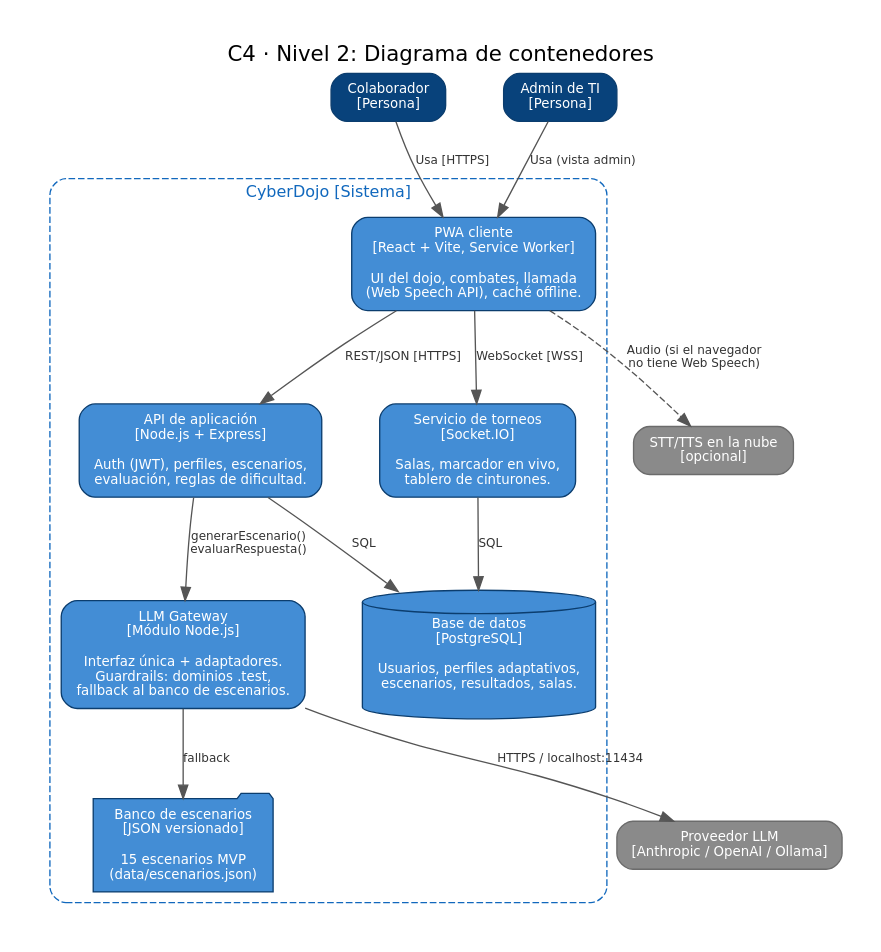
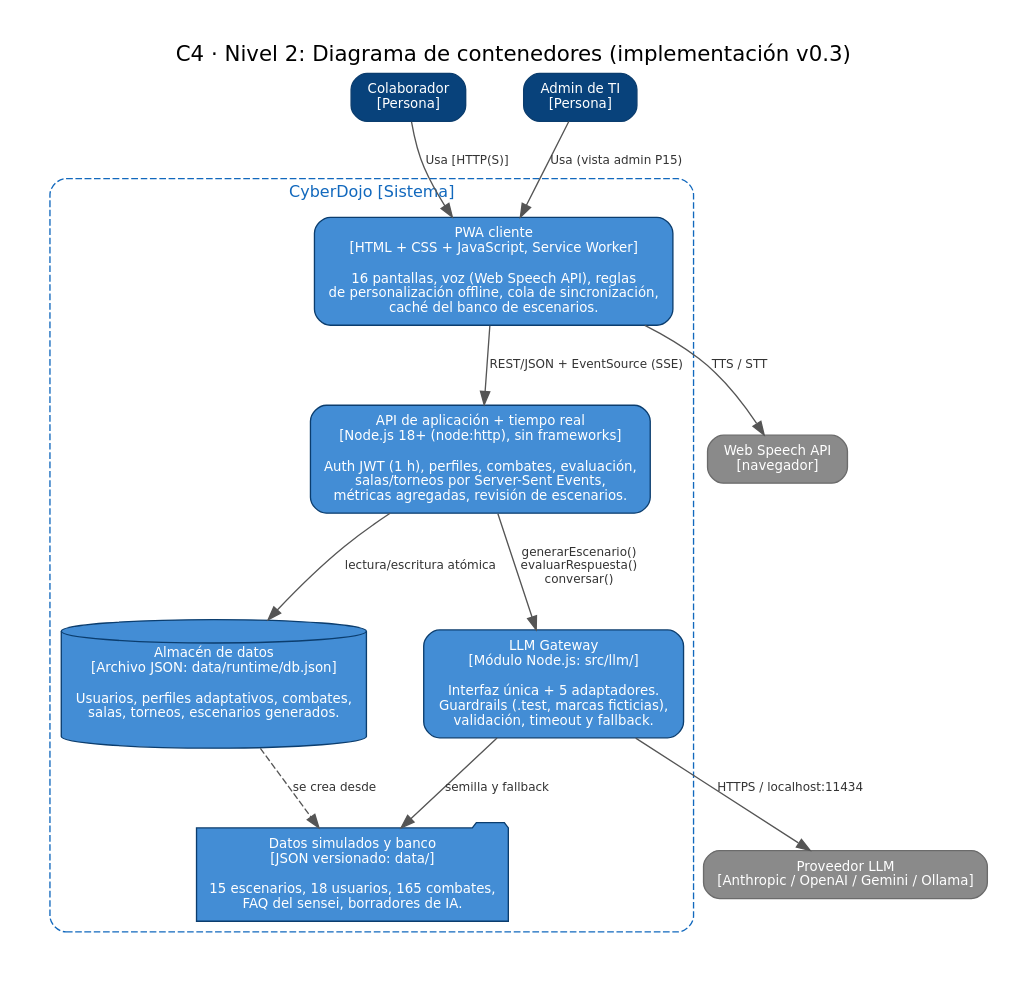
The diagram in docs/diagramas/c4-contenedores.dot (FloresVillar/cc451-IHC-grupo15-cyberdojo), drawn with Graphviz before and after one commit. The commit also changed 8 other files, not shown here.

```diff
--- a/docs/diagramas/c4-contenedores.dot
+++ b/docs/diagramas/c4-contenedores.dot
@@ -1,22 +1,21 @@
 digraph C4 {
-  graph [rankdir=TB, fontname="DejaVu Sans", bgcolor=white, pad=0.3, nodesep=0.6, ranksep=0.7, label="C4 · Nivel 2: Diagrama de contenedores", labelloc=t, fontsize=16, compound=true];
+  graph [rankdir=TB, fontname="DejaVu Sans", bgcolor=white, pad=0.3, nodesep=0.6, ranksep=0.7, label="C4 · Nivel 2: Diagrama de contenedores (implementación v0.3)", labelloc=t, fontsize=16, compound=true];
   node [shape=box, style="rounded,filled", fontname="DejaVu Sans", fontsize=10, fontcolor=white, color="#0b3d6e", margin="0.18,0.1"];
   edge [fontname="DejaVu Sans", fontsize=9, color="#555555", fontcolor="#333333"];
   colab [label="Colaborador\n[Persona]", fillcolor="#08427b"];
   admin [label="Admin de TI\n[Persona]", fillcolor="#08427b"];
   subgraph cluster_sys { label="CyberDojo [Sistema]"; style="dashed,rounded"; color="#1168bd"; fontname="DejaVu Sans"; fontsize=12; fontcolor="#1168bd";
-    pwa [label="PWA cliente\n[React + Vite, Service Worker]\n\nUI del dojo, combates, llamada\n(Web Speech API), caché offline.", fillcolor="#438dd5"];
-    api [label="API de aplicación\n[Node.js + Express]\n\nAuth (JWT), perfiles, escenarios,\nevaluación, reglas de dificultad.", fillcolor="#438dd5"];
-    rt  [label="Servicio de torneos\n[Socket.IO]\n\nSalas, marcador en vivo,\ntablero de cinturones.", fillcolor="#438dd5"];
-    gw  [label="LLM Gateway\n[Módulo Node.js]\n\nInterfaz única + adaptadores.\nGuardrails: dominios .test,\nfallback al banco de escenarios.", fillcolor="#438dd5"];
-    db  [label="Base de datos\n[PostgreSQL]\n\nUsuarios, perfiles adaptativos,\nescenarios, resultados, salas.", shape=cylinder, fillcolor="#438dd5"];
-    bank[label="Banco de escenarios\n[JSON versionado]\n\n15 escenarios MVP\n(data/escenarios.json)", shape=folder, fillcolor="#438dd5"];
+    pwa [label="PWA cliente\n[HTML + CSS + JavaScript, Service Worker]\n\n16 pantallas, voz (Web Speech API), reglas\nde personalización offline, cola de sincronización,\ncaché del banco de escenarios.", fillcolor="#438dd5"];
+    api [label="API de aplicación + tiempo real\n[Node.js 18+ (node:http), sin frameworks]\n\nAuth JWT (1 h), perfiles, combates, evaluación,\nsalas/torneos por Server-Sent Events,\nmétricas agregadas, revisión de escenarios.", fillcolor="#438dd5"];
+    gw  [label="LLM Gateway\n[Módulo Node.js: src/llm/]\n\nInterfaz única + 5 adaptadores.\nGuardrails (.test, marcas ficticias),\nvalidación, timeout y fallback.", fillcolor="#438dd5"];
+    db  [label="Almacén de datos\n[Archivo JSON: data/runtime/db.json]\n\nUsuarios, perfiles adaptativos, combates,\nsalas, torneos, escenarios generados.", shape=cylinder, fillcolor="#438dd5"];
+    bank[label="Datos simulados y banco\n[JSON versionado: data/]\n\n15 escenarios, 18 usuarios, 165 combates,\nFAQ del sensei, borradores de IA.", shape=folder, fillcolor="#438dd5"];
   }
-  llm [label="Proveedor LLM\n[Anthropic / OpenAI / Ollama]", fillcolor="#8a8a8a", color="#6b6b6b"];
-  stt [label="STT/TTS en la nube\n[opcional]", fillcolor="#8a8a8a", color="#6b6b6b"];
-  colab -> pwa [label="Usa [HTTPS]"]; admin -> pwa [label="Usa (vista admin)"];
-  pwa -> api [label="REST/JSON [HTTPS]"]; pwa -> rt [label="WebSocket [WSS]"];
-  pwa -> stt [label="Audio (si el navegador\nno tiene Web Speech)", style=dashed];
-  api -> gw [label="generarEscenario()\nevaluarRespuesta()"]; gw -> llm [label="HTTPS / localhost:11434"]; gw -> bank [label="fallback"];
-  api -> db [label="SQL"]; rt -> db [label="SQL"];
+  llm [label="Proveedor LLM\n[Anthropic / OpenAI / Gemini / Ollama]", fillcolor="#8a8a8a", color="#6b6b6b"];
+  voz [label="Web Speech API\n[navegador]", fillcolor="#8a8a8a", color="#6b6b6b"];
+  colab -> pwa [label="Usa [HTTP(S)]"]; admin -> pwa [label="Usa (vista admin P15)"];
+  pwa -> api [label="REST/JSON + EventSource (SSE)"];
+  pwa -> voz [label="TTS / STT"];
+  api -> gw [label="generarEscenario()\nevaluarRespuesta()\nconversar()"]; gw -> llm [label="HTTPS / localhost:11434"]; gw -> bank [label="semilla y fallback"];
+  api -> db [label="lectura/escritura atómica"]; db -> bank [label="se crea desde", style=dashed];
 }
```
